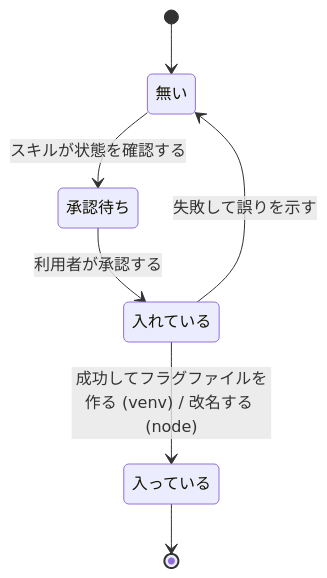
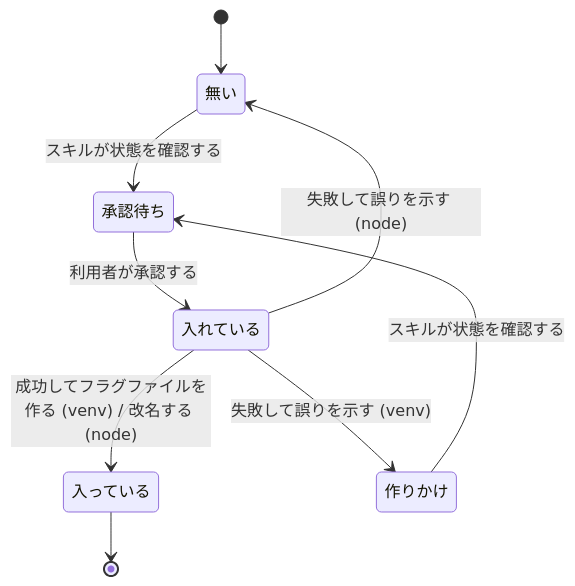
One commit to akm/claude-plugins changed the third of 3 diagrams in docs/plans/2026-11-09-2343-feat-slide-deck-plugin-plan.md. Above: the diagram before and after it, drawn with Mermaid. The commit also changed other lines of this file and 3 other files, not shown here.

````diff
--- a/docs/plans/2026-11-09-2343-feat-slide-deck-plugin-plan.md
+++ b/docs/plans/2026-11-09-2343-feat-slide-deck-plugin-plan.md
@@ -197,9 +197,11 @@
 ```mermaid
 stateDiagram-v2
   [*] --> 無い
   無い --> 承認待ち: スキルが状態を確認する
   承認待ち --> 入れている: 利用者が承認する
   入れている --> 入っている: 成功してフラグファイルを作る (venv) / 改名する (node)
-  入れている --> 無い: 失敗して誤りを示す
+  入れている --> 無い: 失敗して誤りを示す (node)
+  入れている --> 作りかけ: 失敗して誤りを示す (venv)
+  作りかけ --> 承認待ち: スキルが状態を確認する
   入っている --> [*]
 ```
````
